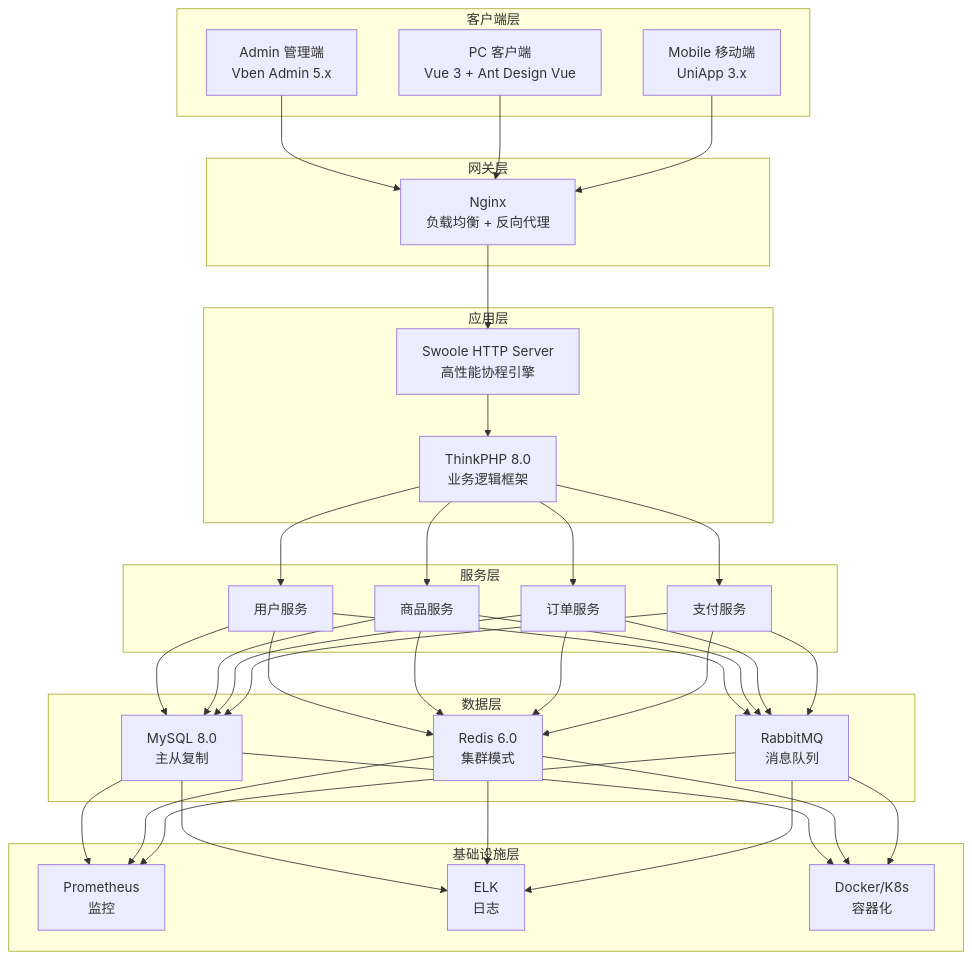
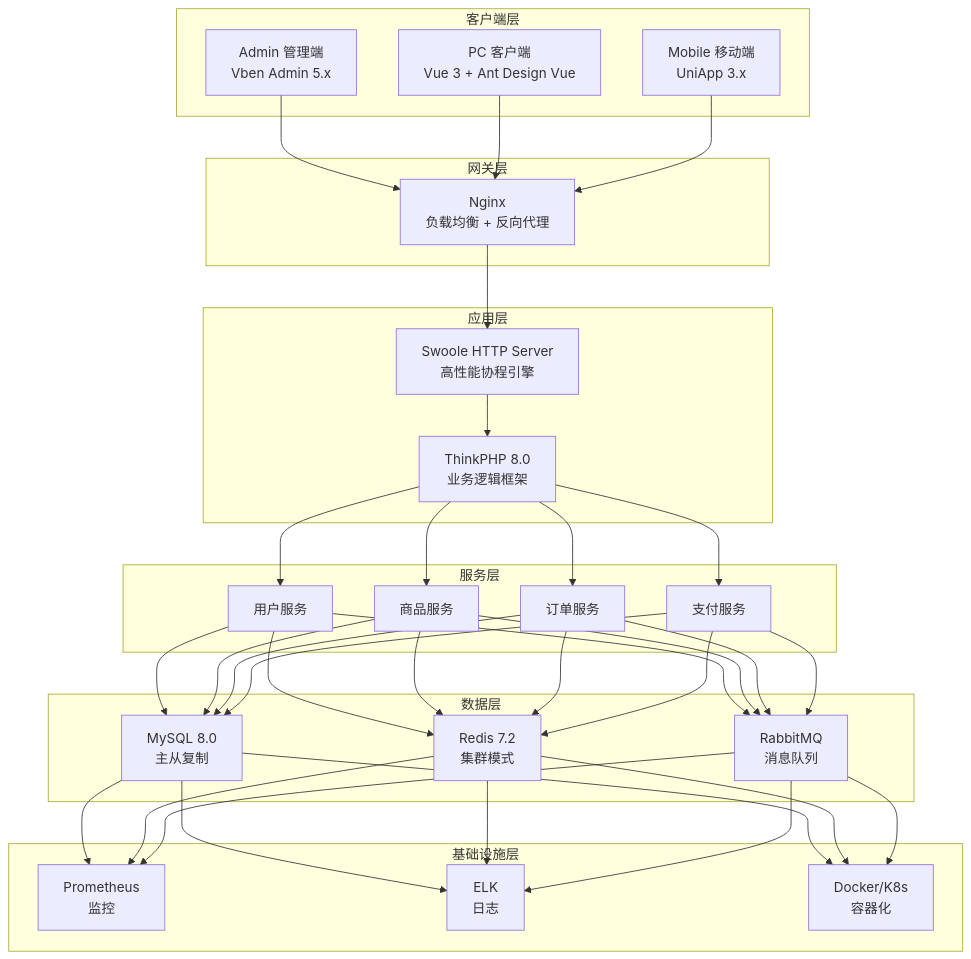
One commit to Bensonlam168/AlkaidSYS-tp changed the diagram in design/10-batch-summaries/FINAL-SUMMARY.md. Above: the diagram before and after it, drawn with Mermaid. The commit also changed other lines of this file and 48 other files, not shown here.

````diff
--- a/design/10-batch-summaries/FINAL-SUMMARY.md
+++ b/design/10-batch-summaries/FINAL-SUMMARY.md
@@ -99,43 +99,43 @@
 ```mermaid
 graph TB
     subgraph "客户端层"
         A[Admin 管理端<br/>Vben Admin 5.x]
         B[PC 客户端<br/>Vue 3 + Ant Design Vue]
         C[Mobile 移动端<br/>UniApp 3.x]
     end
 
     subgraph "网关层"
         D[Nginx<br/>负载均衡 + 反向代理]
     end
 
     subgraph "应用层"
         E[Swoole HTTP Server<br/>高性能协程引擎]
         F[ThinkPHP 8.0<br/>业务逻辑框架]
     end
 
     subgraph "服务层"
         G[用户服务]
         H[商品服务]
         I[订单服务]
         J[支付服务]
     end
 
     subgraph "数据层"
         K[MySQL 8.0<br/>主从复制]
-        L[Redis 6.0<br/>集群模式]
+        L[Redis 7.2<br/>集群模式]
         M[RabbitMQ<br/>消息队列]
     end
 
     subgraph "基础设施层"
         N[Prometheus<br/>监控]
         O[ELK<br/>日志]
         P[Docker/K8s<br/>容器化]
     end
 
     A & B & C --> D
     D --> E
     E --> F
     F --> G & H & I & J
     G & H & I & J --> K & L & M
     K & L & M --> N & O & P
 ```
````
